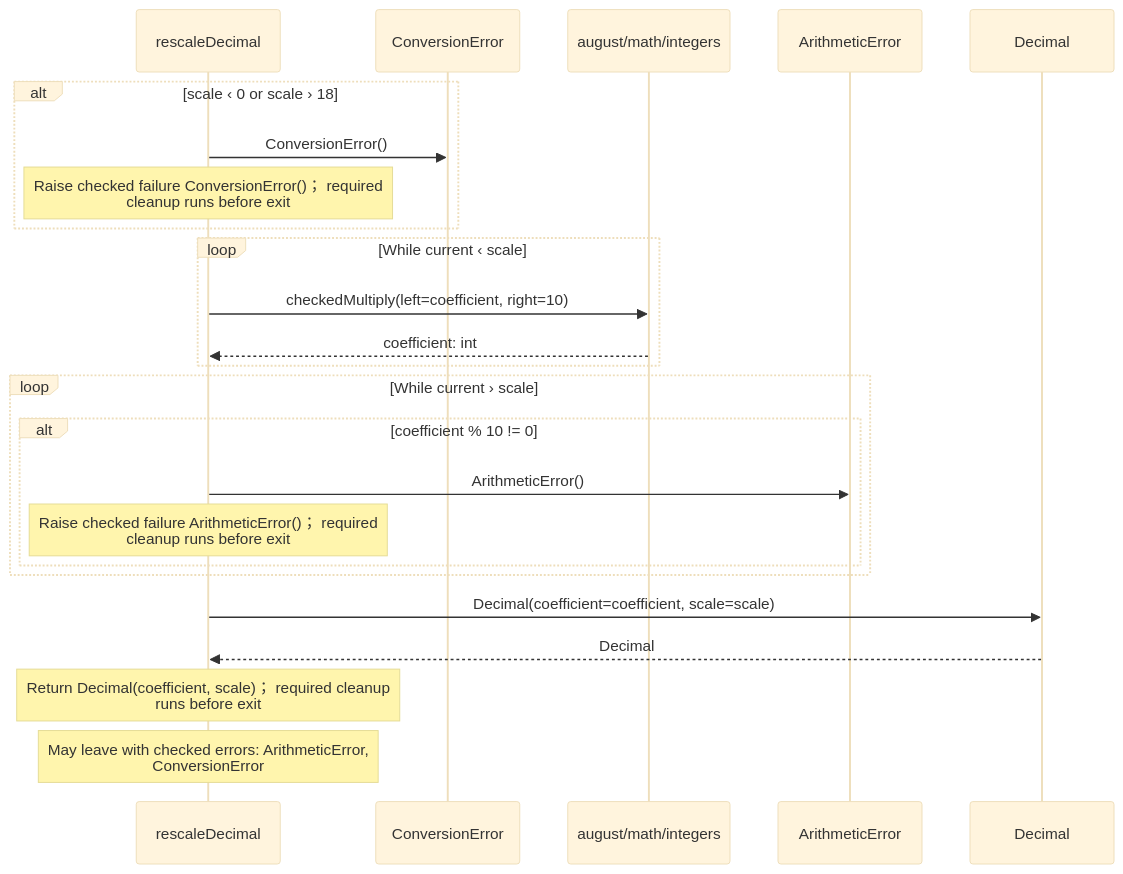
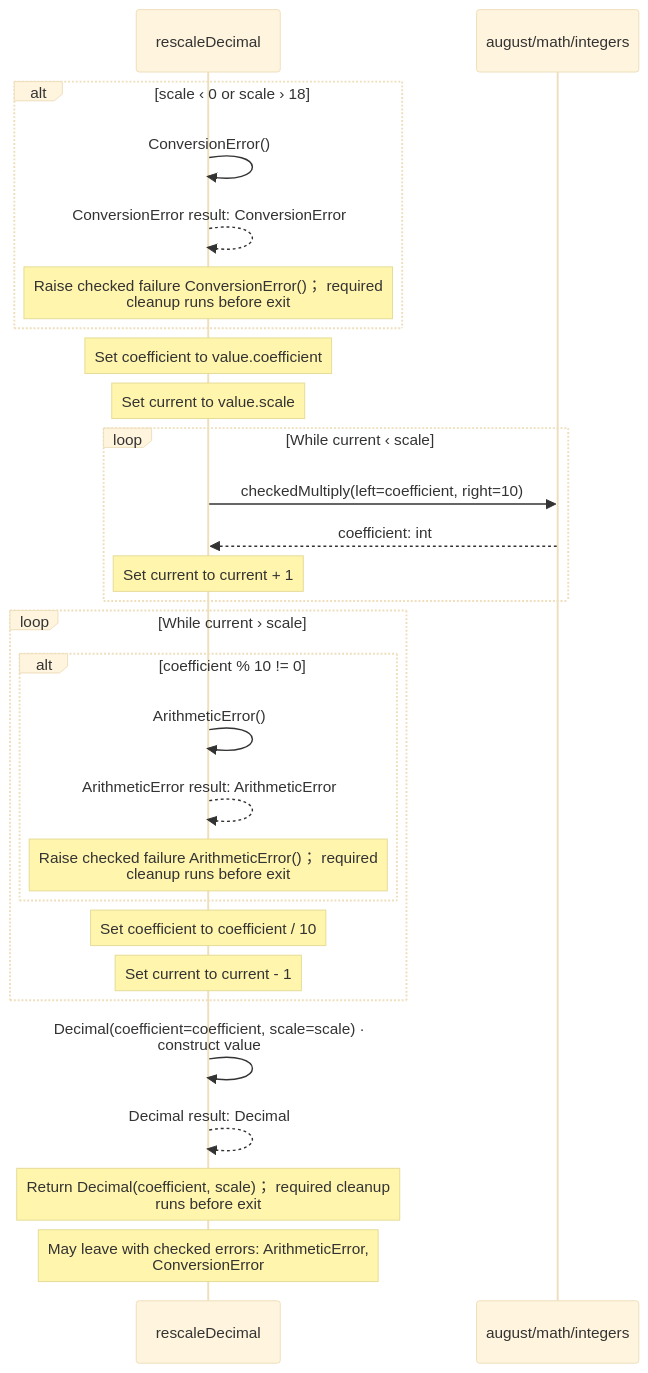
The fifth of 10 diagrams in src/stdlib/math/decimals.aug.diagrams.md (GreenPandaStudios/augscript), drawn with Mermaid (base theme) before and after one commit. The commit also changed other lines of this file and 304 other files, not shown here.

Commit message:
Make generated data-flow sequences concise and review every diagram

````diff
--- a/src/stdlib/math/decimals.aug.diagrams.md
+++ b/src/stdlib/math/decimals.aug.diagrams.md
@@ -153,26 +153,30 @@
 ```mermaid
 sequenceDiagram
     participant p0 as rescaleDecimal
-    participant p1 as ConversionError
-    participant p2 as august/math/integers
-    participant p3 as ArithmeticError
-    participant p4 as Decimal
+    participant p1 as august/math/integers
     alt scale ‹ 0 or scale › 18
-    p0->>p1: ConversionError()
+    p0->>p0: ConversionError()
+    p0-->>p0: ConversionError result: ConversionError
     Note over p0: Raise checked failure ConversionError()； required<br/>cleanup runs before exit
     end
+    Note over p0: Set coefficient to value.coefficient
+    Note over p0: Set current to value.scale
     loop While current ‹ scale
-    p0->>p2: checkedMultiply(left=coefficient, right=10)
-    p2-->>p0: coefficient: int
+    p0->>p1: checkedMultiply(left=coefficient, right=10)
+    p1-->>p0: coefficient: int
+    Note over p0: Set current to current + 1
     end
     loop While current › scale
     alt coefficient % 10 != 0
-    p0->>p3: ArithmeticError()
+    p0->>p0: ArithmeticError()
+    p0-->>p0: ArithmeticError result: ArithmeticError
     Note over p0: Raise checked failure ArithmeticError()； required<br/>cleanup runs before exit
     end
+    Note over p0: Set coefficient to coefficient / 10
+    Note over p0: Set current to current - 1
     end
-    p0->>p4: Decimal(coefficient=coefficient, scale=scale)
-    p4-->>p0: Decimal
+    p0->>p0: Decimal(coefficient=coefficient, scale=scale) ·<br/>construct value
+    p0-->>p0: Decimal result: Decimal
     Note over p0: Return Decimal(coefficient, scale)； required cleanup<br/>runs before exit
     Note over p0: May leave with checked errors: ArithmeticError,<br/>ConversionError
 ```
````
